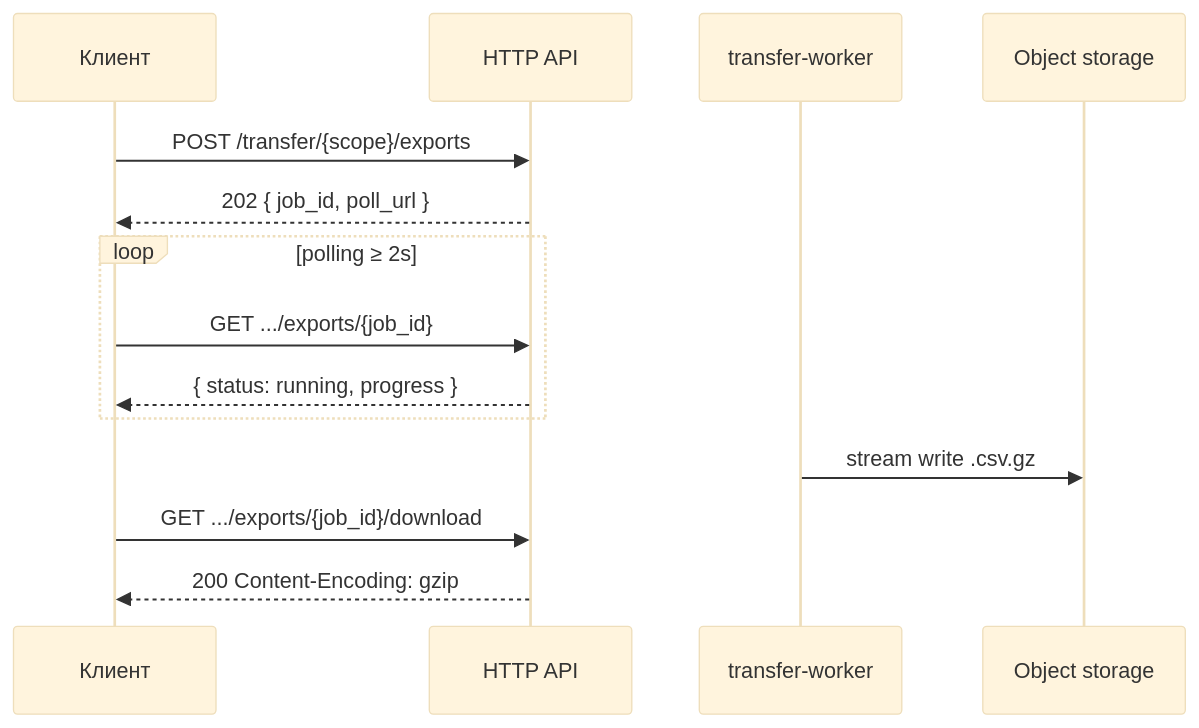
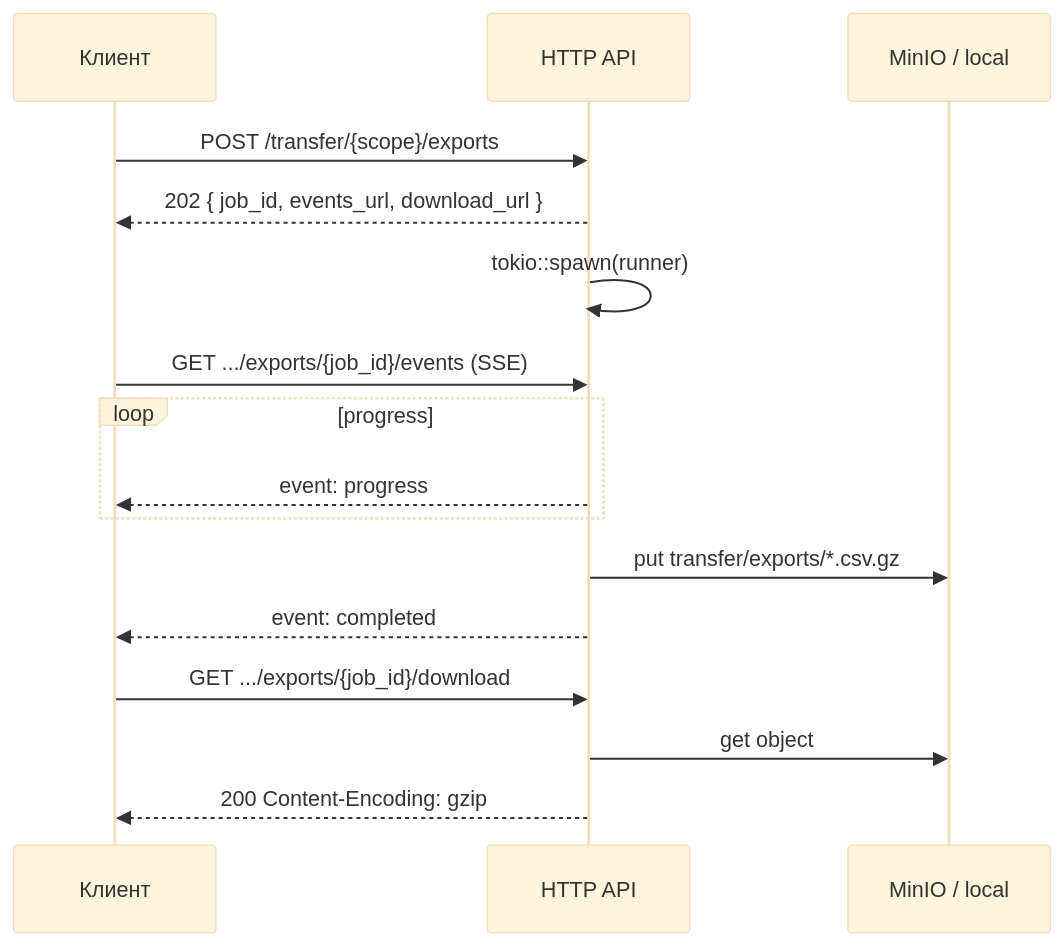
One commit to IOSHED/KKRCH.RU changed the first of 3 diagrams in module_transfer.md. Above: the diagram before and after it, drawn with Mermaid (base theme). The commit also changed other lines of this file and 2 other files, not shown here.

Commit message:
FEAT: transfer_module

````diff
--- a/module_transfer.md
+++ b/module_transfer.md
@@ -60,17 +62,19 @@
 ```mermaid
 sequenceDiagram
     participant C as Клиент
     participant API as HTTP API
-    participant W as transfer-worker
-    participant S as Object storage
+    participant S as MinIO / local
 
     C->>API: POST /transfer/{scope}/exports
-    API-->>C: 202 { job_id, poll_url }
-    loop polling ≥ 2s
-        C->>API: GET .../exports/{job_id}
-        API-->>C: { status: running, progress }
+    API-->>C: 202 { job_id, events_url, download_url }
+    API->>API: tokio::spawn(runner)
+    C->>API: GET .../exports/{job_id}/events (SSE)
+    loop progress
+        API-->>C: event: progress
     end
-    W->>S: stream write .csv.gz
+    API->>S: put transfer/exports/*.csv.gz
+    API-->>C: event: completed
     C->>API: GET .../exports/{job_id}/download
+    API->>S: get object
     API-->>C: 200 Content-Encoding: gzip
 ```
````
